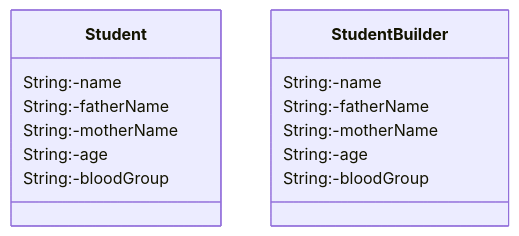
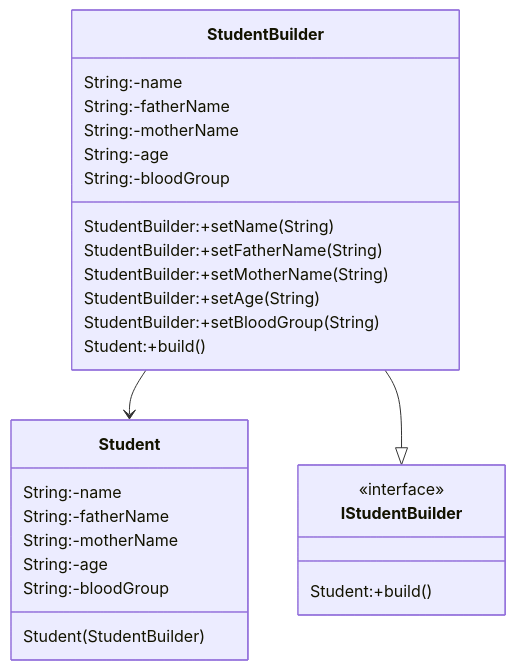
Before and after one commit to lokesh-chouhan/LowLevelDesign: the diagram in DesingPatterns/Creational/Builder/readme.md, drawn with Mermaid.

````diff
--- a/DesingPatterns/Creational/Builder/readme.md
+++ b/DesingPatterns/Creational/Builder/readme.md
@@ -14,22 +14,38 @@
 ```mermaid
 classDiagram
   class Student{
     String:-name
     String:-fatherName
     String:-motherName
     String:-age
     String:-bloodGroup
+    Student(StudentBuilder)
 
   }
 
   class StudentBuilder{
     String:-name
     String:-fatherName
     String:-motherName
     String:-age
     String:-bloodGroup
+
+    StudentBuilder:+setName(String)
+    StudentBuilder:+setFatherName(String)
+    StudentBuilder:+setMotherName(String)
+    StudentBuilder:+setAge(String)
+    StudentBuilder:+setBloodGroup(String)
+    Student:+build()
   
   }
+
+  class IStudentBuilder{
+    <<interface>>
+    Student:+build()
+  }
+
+StudentBuilder --> Student
+StudentBuilder --|> IStudentBuilder
   
 
 ```
````
